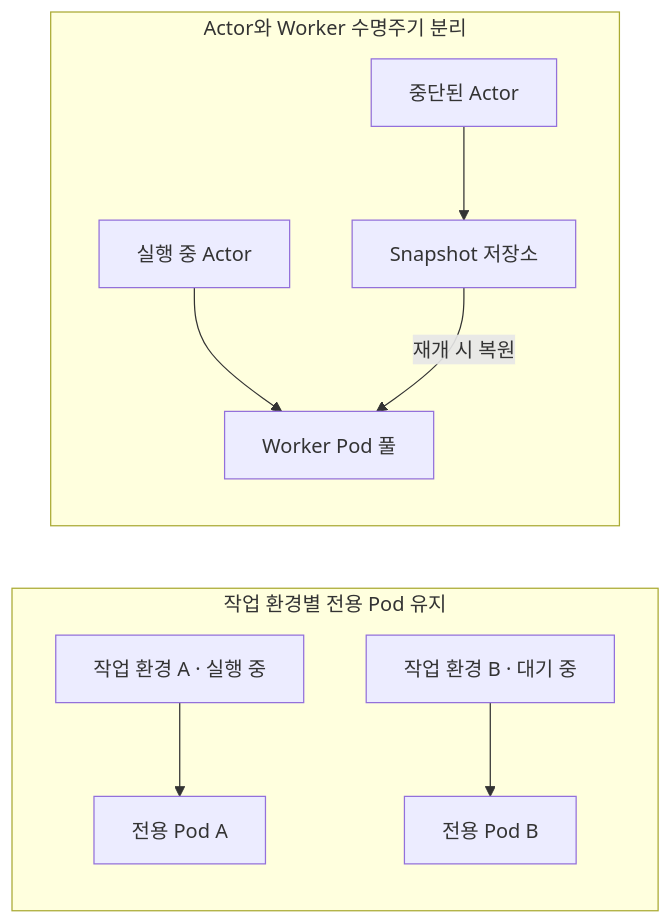
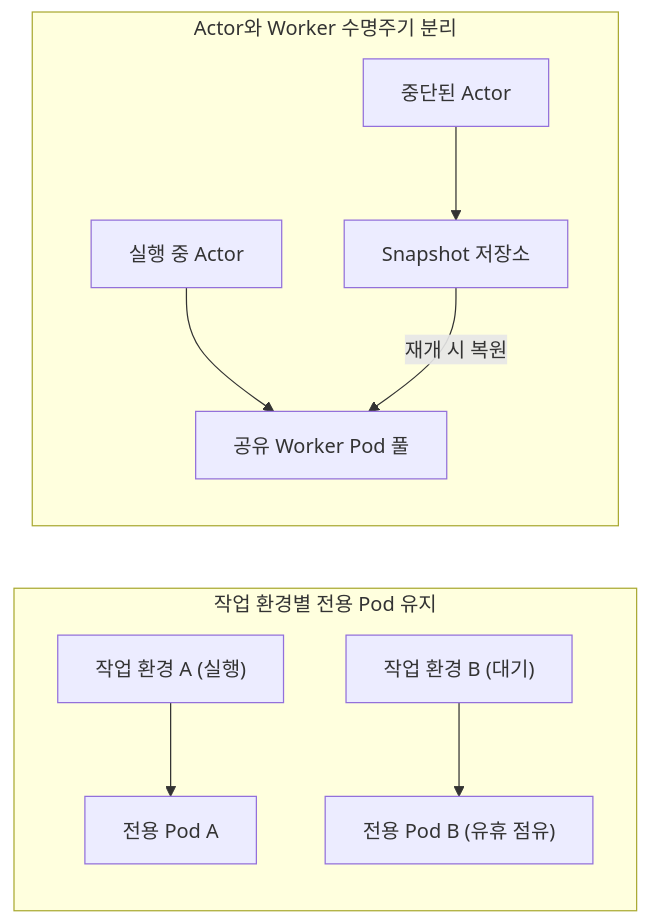
Before and after one commit to jmnote/slides: the diagram in 2026/2026-10-28-k8s-ai-agent/slides.md, drawn with Mermaid. The commit also changed other lines of this file and 11 other files, not shown here.

````diff
--- a/2026/2026-10-28-k8s-ai-agent/slides.md
+++ b/2026/2026-10-28-k8s-ai-agent/slides.md
@@ -645,12 +791,12 @@
 ```mermaid
 flowchart LR
   subgraph dedicated[작업 환경별 전용 Pod 유지]
-    E1[작업 환경 A · 실행 중] --> P1[전용 Pod A]
-    E2[작업 환경 B · 대기 중] --> P2[전용 Pod B]
+    E1["작업 환경 A (실행)"] --> P1["전용 Pod A"]
+    E2["작업 환경 B (대기)"] --> P2["전용 Pod B (유휴 점유)"]
   end
   subgraph shared[Actor와 Worker 수명주기 분리]
-    A1[실행 중 Actor] --> W[Worker Pod 풀]
-    A2[중단된 Actor] --> S[Snapshot 저장소]
-    S -->|재개 시 복원| W
+    A1["실행 중 Actor"] --> W["공유 Worker Pod 풀"]
+    A2["중단된 Actor"] --> S["Snapshot 저장소"]
+    S -->|"재개 시 복원"| W
   end
 ```
````
